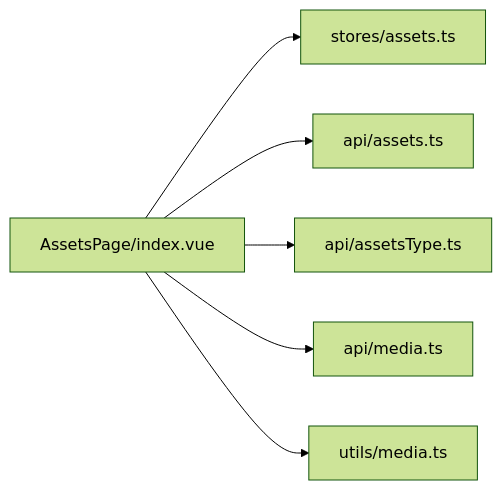
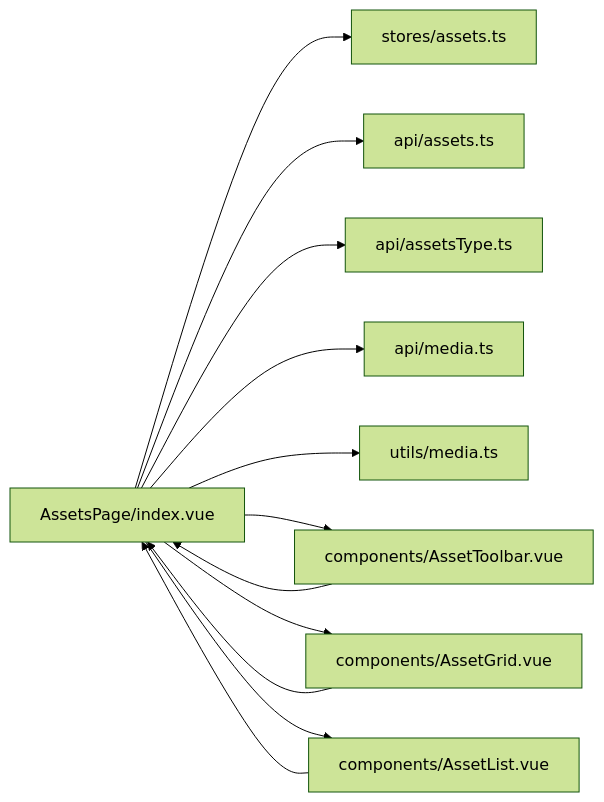
One commit to cyu100235/lingjing-ai changed diagram 11 of 11 in .qoder/repowiki/zh/content/核心功能模块/资产管理.md. Above: the diagram before and after it, drawn with Mermaid (forest theme). The commit also changed other lines of this file and 12 other files, not shown here.

````diff
--- a/.qoder/repowiki/zh/content/核心功能模块/资产管理.md
+++ b/.qoder/repowiki/zh/content/核心功能模块/资产管理.md
@@ -239,8 +420,14 @@
 ```mermaid
 graph LR
 V["AssetsPage/index.vue"] --> S["stores/assets.ts"]
 V --> A["api/assets.ts"]
 V --> T["api/assetsType.ts"]
 V --> M["api/media.ts"]
 V --> U["utils/media.ts"]
+V --> TB["components/AssetToolbar.vue"]
+V --> G["components/AssetGrid.vue"]
+V --> L["components/AssetList.vue"]
+TB --> V
+G --> V
+L --> V
 ```
````
